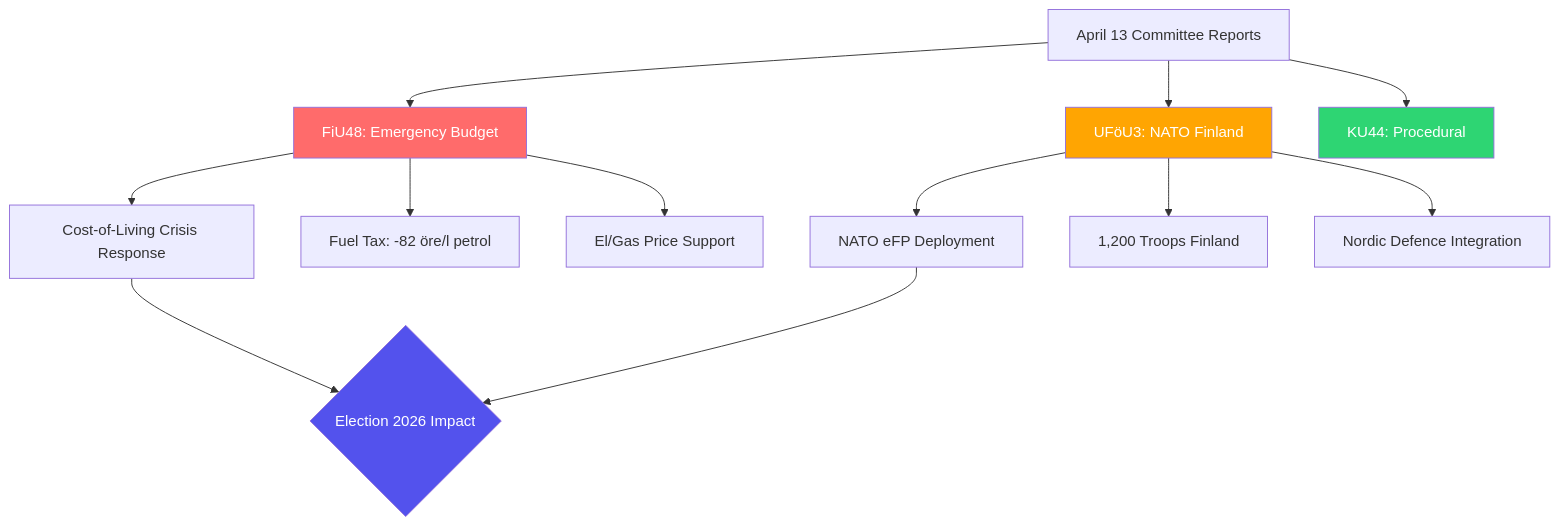
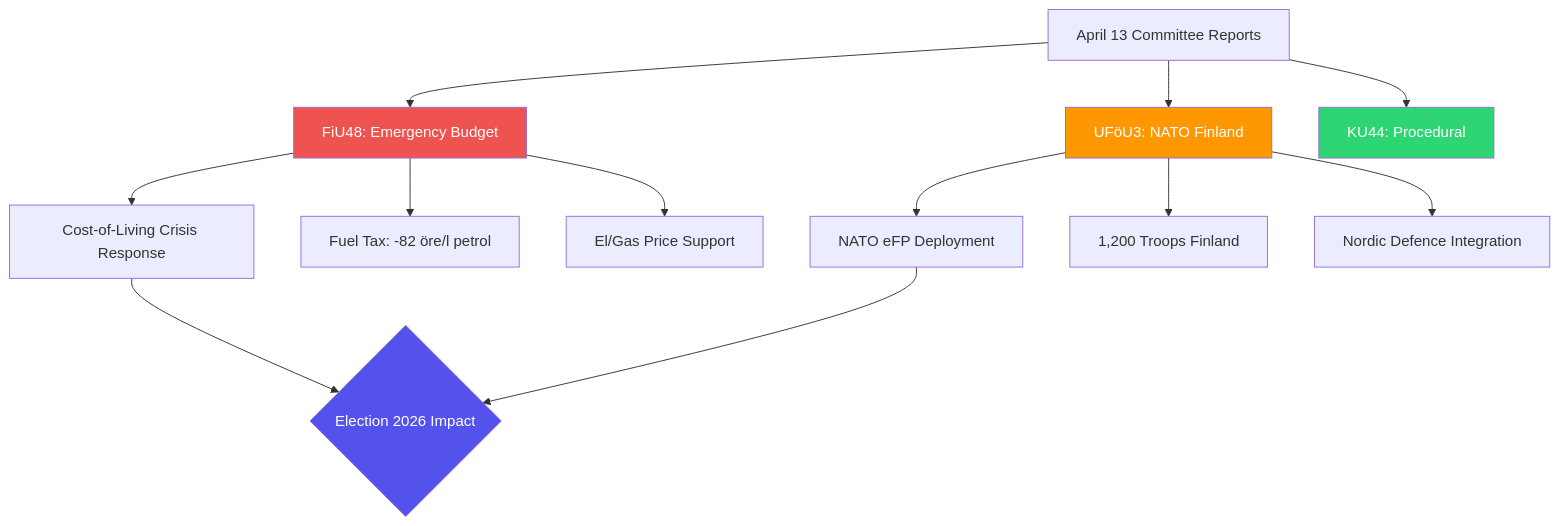
The diagram in analysis/daily/2026-04-14/committeeReports/synthesis-summary.md (Hack23/riksdagsmonitor), drawn with Mermaid before and after one commit. The commit also changed 785 other files, not shown here.

First line of the commit message:
Normalize mermaid colors across 786 analysis artifacts to ISMS Style Guide palette

````diff
--- a/analysis/daily/2026-04-14/committeeReports/synthesis-summary.md
+++ b/analysis/daily/2026-04-14/committeeReports/synthesis-summary.md
@@ -32,22 +32,22 @@
 ```mermaid
 graph TD
     A[April 13 Committee Reports] --> B[FiU48: Emergency Budget]
     A --> C[UFöU3: NATO Finland]
     A --> D[KU44: Procedural]
 
     B --> E[Cost-of-Living Crisis Response]
     B --> F[Fuel Tax: -82 öre/l petrol]
     B --> G[El/Gas Price Support]
 
     C --> H[NATO eFP Deployment]
     C --> I[1,200 Troops Finland]
     C --> J[Nordic Defence Integration]
 
     E --> K{Election 2026 Impact}
     H --> K
 
-    style B fill:#ff6b6b,color:#fff
-    style C fill:#ffa502,color:#fff
-    style D fill:#2ed573,color:#fff
-    style K fill:#5352ed,color:#fff
+    style B fill:#EF5350,color:#FFFFFF
+    style C fill:#FF9800,color:#FFFFFF
+    style D fill:#2ed573,color:#FFFFFF
+    style K fill:#5352ed,color:#FFFFFF
 ```
````
